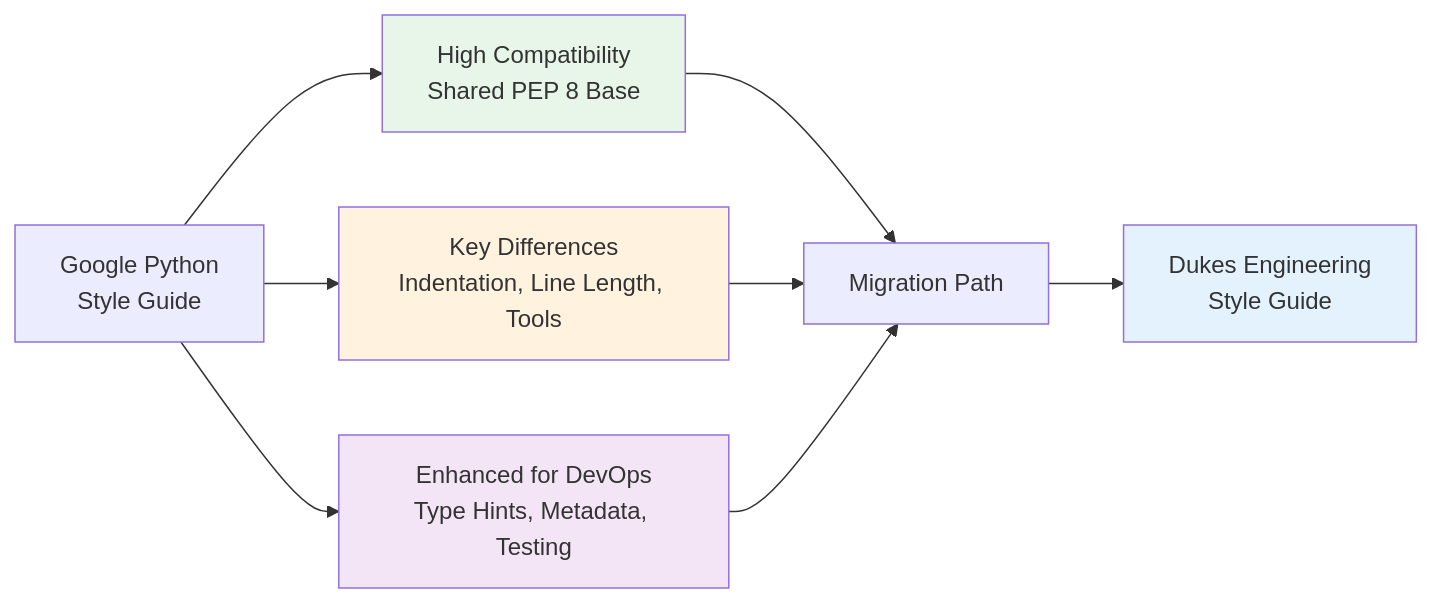
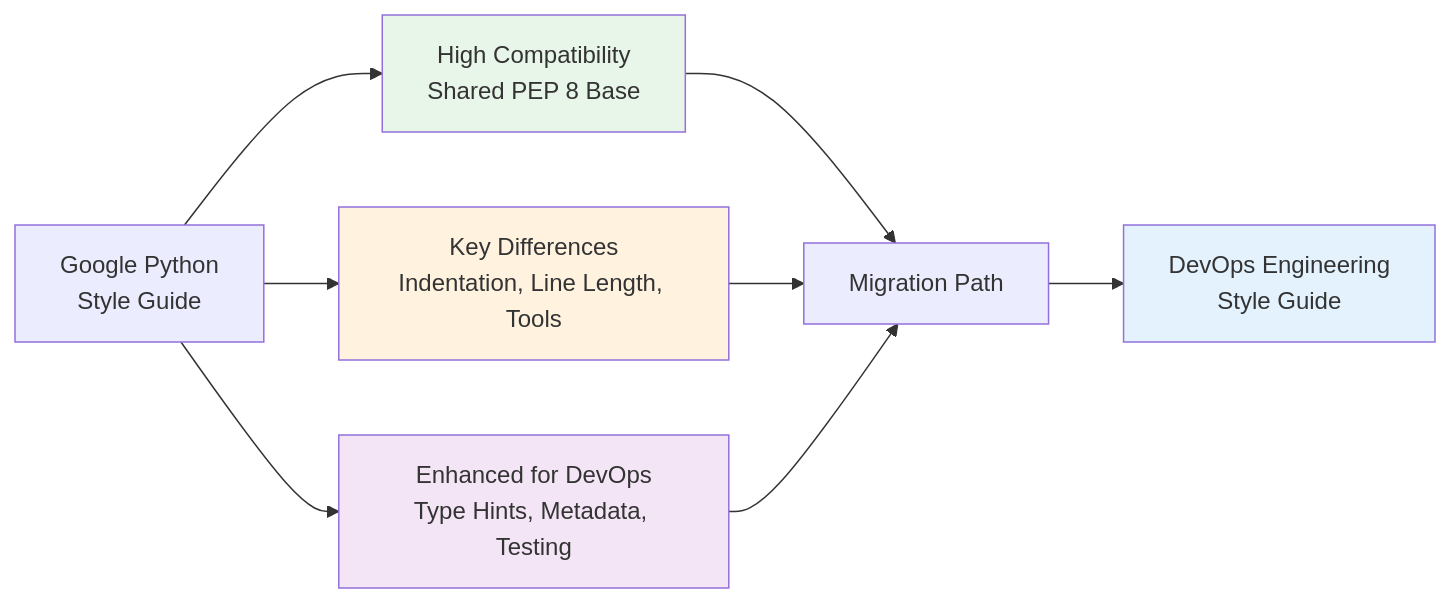
The diagram in docs/10_migration_guides/from_google.md (tydukes/coding-style-guide), drawn with Mermaid before and after one commit. The commit also changed other lines of this file and 5 other files, not shown here.

First line of the commit message:
docs: complete rename to DevOps Engineering Style Guide

````diff
--- a/docs/10_migration_guides/from_google.md
+++ b/docs/10_migration_guides/from_google.md
@@ -35,17 +35,17 @@
 ```mermaid
 graph LR
     Google[Google Python<br/>Style Guide] --> Compatible[High Compatibility<br/>Shared PEP 8 Base]
     Google --> Differences[Key Differences<br/>Indentation, Line Length, Tools]
     Google --> Enhanced[Enhanced for DevOps<br/>Type Hints, Metadata, Testing]
 
     Compatible --> Migration[Migration Path]
     Differences --> Migration
     Enhanced --> Migration
 
-    Migration --> Dukes[Dukes Engineering<br/>Style Guide]
+    Migration --> Dukes[DevOps Engineering<br/>Style Guide]
 
     style Compatible fill:#e8f5e9
     style Differences fill:#fff3e0
     style Enhanced fill:#f3e5f5
     style Dukes fill:#e3f2fd
 ```
````
